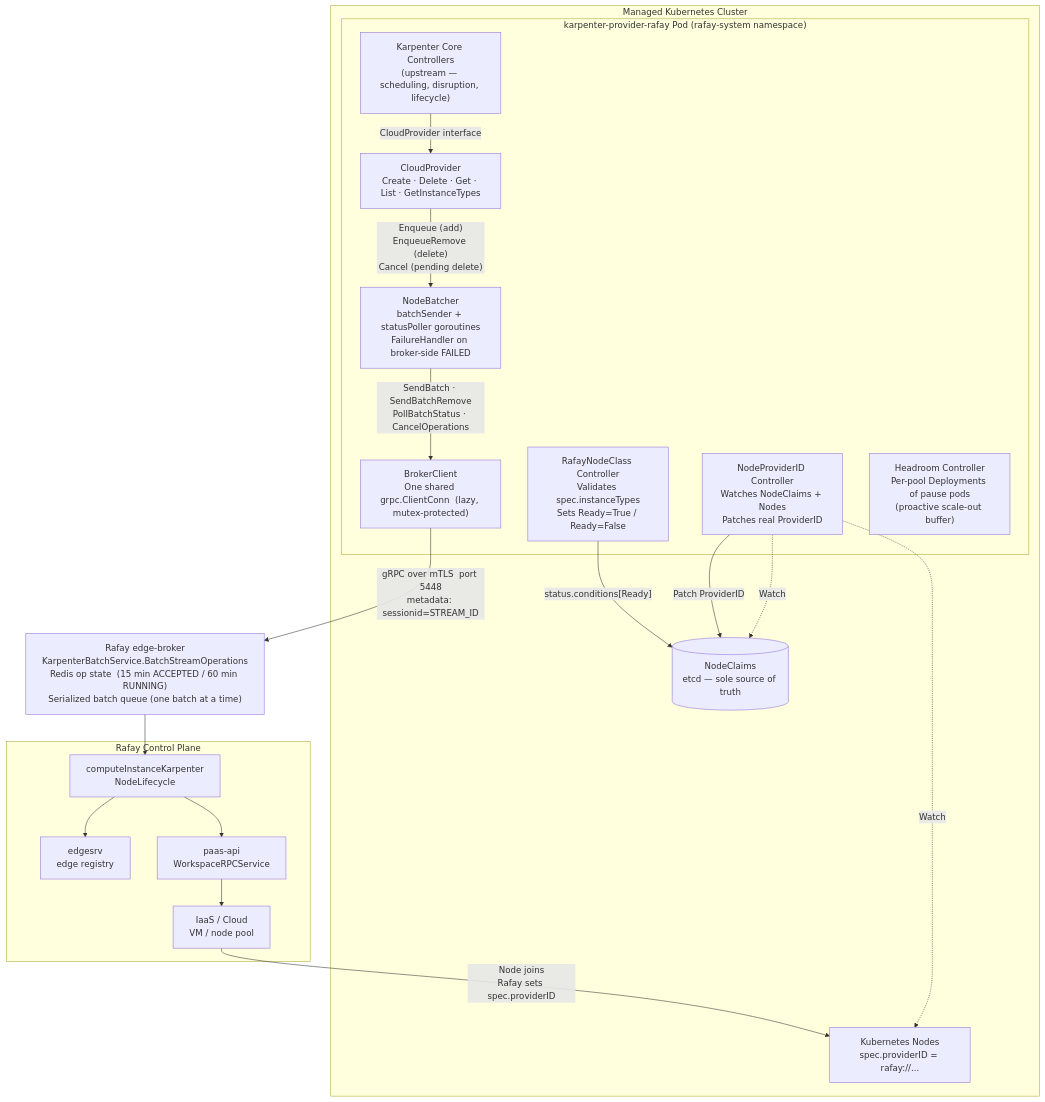
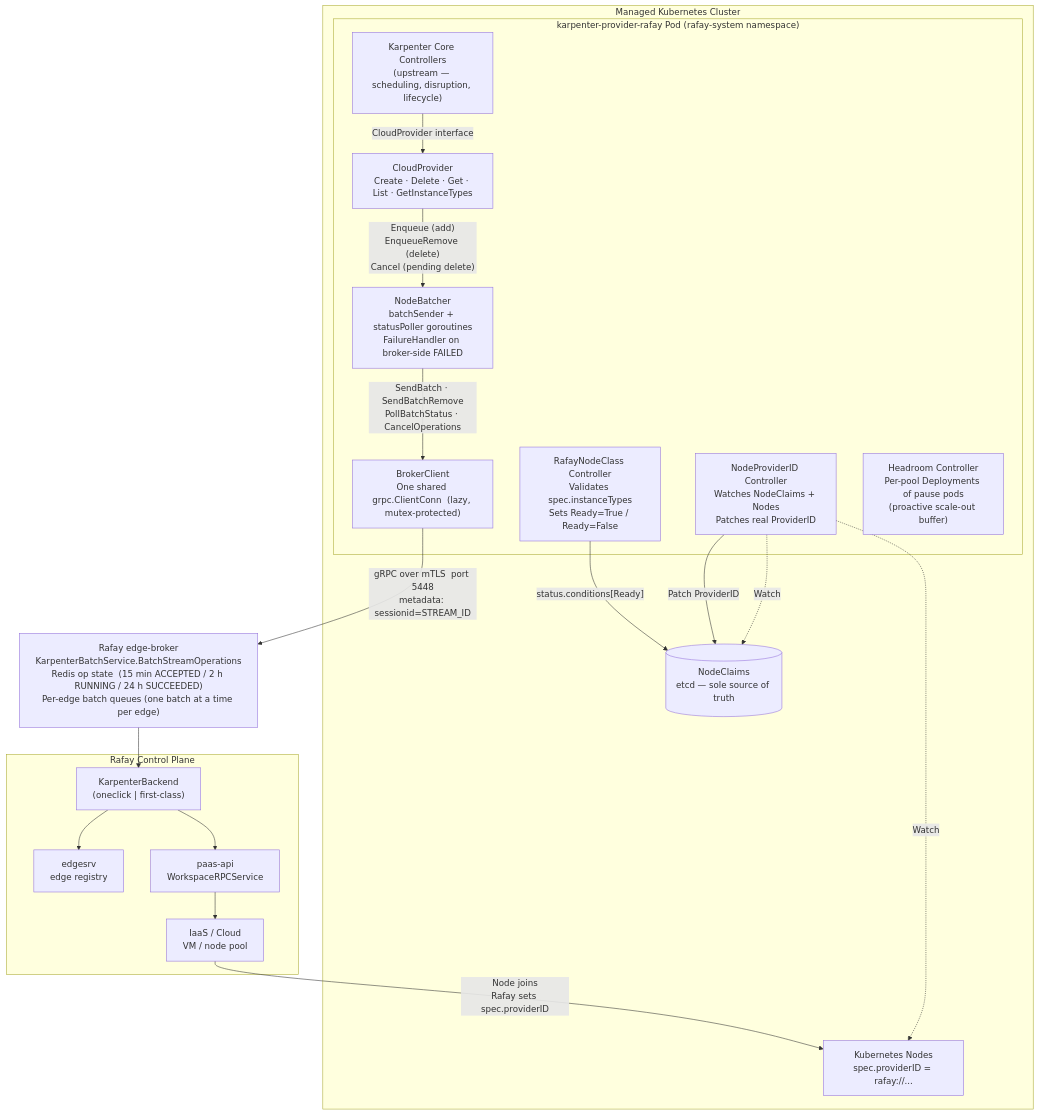
One commit to RafaySystems/karpenter-provider-rafay changed the second of 15 diagrams in docs/confluence-architecture.md. Above: the diagram before and after it, drawn with Mermaid. The commit also changed other lines of this file and 76 other files, not shown here.

````diff
--- a/docs/confluence-architecture.md
+++ b/docs/confluence-architecture.md
@@ -73,40 +75,40 @@
 ```mermaid
 graph TB
     subgraph K8S["Managed Kubernetes Cluster"]
         subgraph POD["karpenter-provider-rafay Pod  (rafay-system namespace)"]
             KC["Karpenter Core Controllers\n(upstream — scheduling, disruption, lifecycle)"]
             CP["CloudProvider\nCreate · Delete · Get · List · GetInstanceTypes"]
             NB["NodeBatcher\nbatchSender + statusPoller goroutines\nFailureHandler on broker-side FAILED"]
             BC["BrokerClient\nOne shared grpc.ClientConn  (lazy, mutex-protected)"]
             NPID["NodeProviderID Controller\nWatches NodeClaims + Nodes\nPatches real ProviderID"]
             RNC["RafayNodeClass Controller\nValidates spec.instanceTypes\nSets Ready=True / Ready=False"]
             HR["Headroom Controller\nPer-pool Deployments of pause pods\n(proactive scale-out buffer)"]
         end
         NC[("NodeClaims\netcd — sole source of truth")]
         KN["Kubernetes Nodes\nspec.providerID = rafay://..."]
     end
 
-    EB["Rafay edge-broker\nKarpenterBatchService.BatchStreamOperations\nRedis op state  (15 min ACCEPTED / 60 min RUNNING)\nSerialized batch queue (one batch at a time)"]
+    EB["Rafay edge-broker\nKarpenterBatchService.BatchStreamOperations\nRedis op state  (15 min ACCEPTED / 2 h RUNNING / 24 h SUCCEEDED)\nPer-edge batch queues (one batch at a time per edge)"]
 
     subgraph PLANE["Rafay Control Plane"]
-        LC["computeInstanceKarpenter\nNodeLifecycle"]
+        LC["KarpenterBackend\n(oneclick | first-class)"]
         ES["edgesrv\nedge registry"]
         PA["paas-api\nWorkspaceRPCService"]
         IAAS["IaaS / Cloud\nVM / node pool"]
     end
 
     KC -->|CloudProvider interface| CP
     CP -->|"Enqueue (add)\nEnqueueRemove (delete)\nCancel (pending delete)"| NB
     NB -->|"SendBatch · SendBatchRemove\nPollBatchStatus · CancelOperations"| BC
     BC -->|"gRPC over mTLS  port 5448\nmetadata: sessionid=STREAM_ID"| EB
     NPID -.->|Watch| NC
     NPID -.->|Watch| KN
     NPID -->|Patch ProviderID| NC
     RNC -->|"status.conditions[Ready]"| NC
 
     EB --> LC
     LC --> ES
     LC --> PA
     PA --> IAAS
     IAAS -->|"Node joins\nRafay sets spec.providerID"| KN
 ```
````
